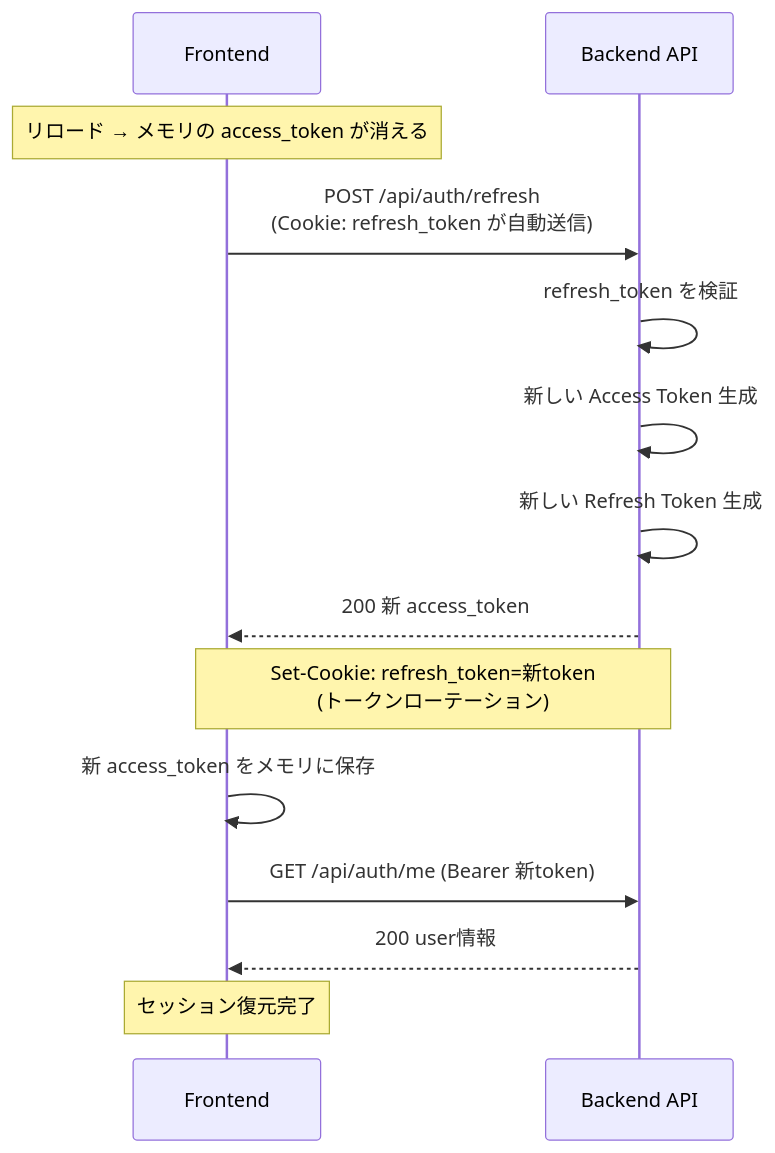
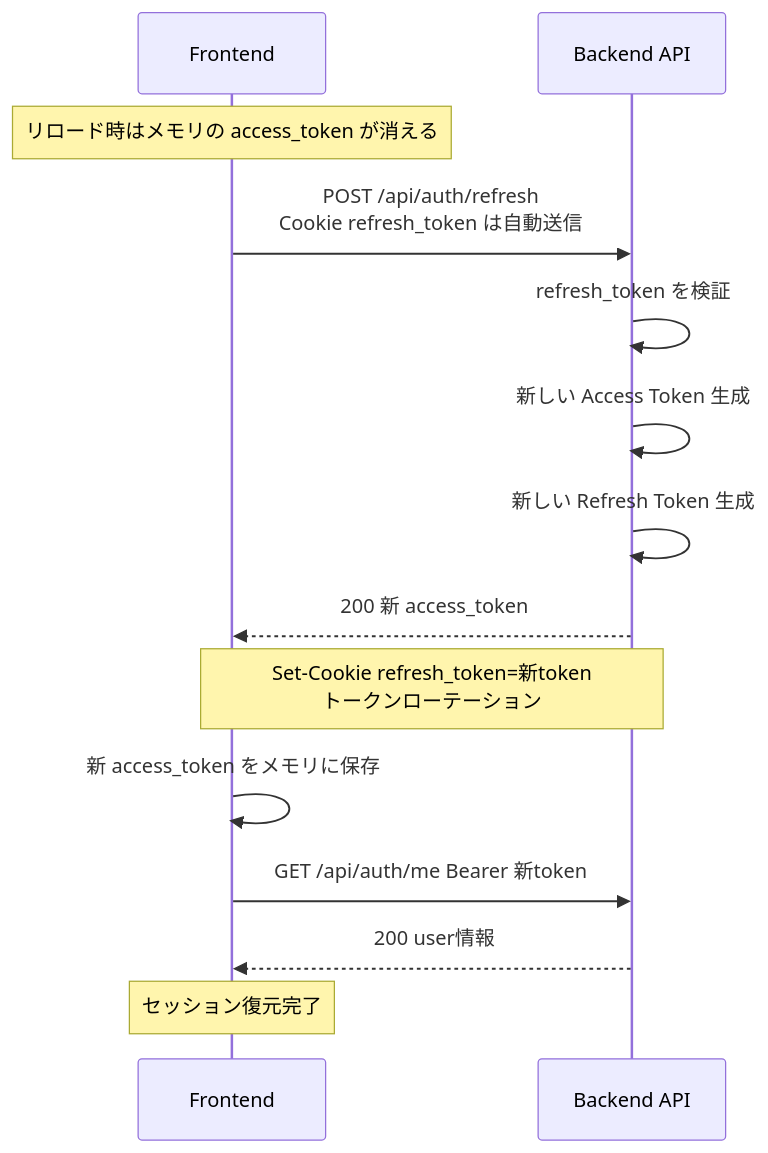
Before and after one commit to takehiro1111/gin-todo: the fourth of 7 diagrams in README.md, drawn with Mermaid. The commit also changed other lines of this file, not shown here.

````diff
--- a/README.md
+++ b/README.md
@@ -117,17 +117,17 @@
 ```mermaid
 sequenceDiagram
     participant F as Frontend
     participant API as Backend API
 
-    Note over F: リロード → メモリの access_token が消える
-    F->>API: POST /api/auth/refresh<br/>(Cookie: refresh_token が自動送信)
+    Note over F: リロード時はメモリの access_token が消える
+    F->>API: POST /api/auth/refresh<br/>Cookie refresh_token は自動送信
     API->>API: refresh_token を検証
     API->>API: 新しい Access Token 生成
     API->>API: 新しい Refresh Token 生成
     API-->>F: 200 新 access_token
-    Note over API,F: Set-Cookie: refresh_token=新token<br/>(トークンローテーション)
+    Note over API,F: Set-Cookie refresh_token=新token<br/>トークンローテーション
     F->>F: 新 access_token をメモリに保存
-    F->>API: GET /api/auth/me (Bearer 新token)
+    F->>API: GET /api/auth/me Bearer 新token
     API-->>F: 200 user情報
     Note over F: セッション復元完了
 ```
````
